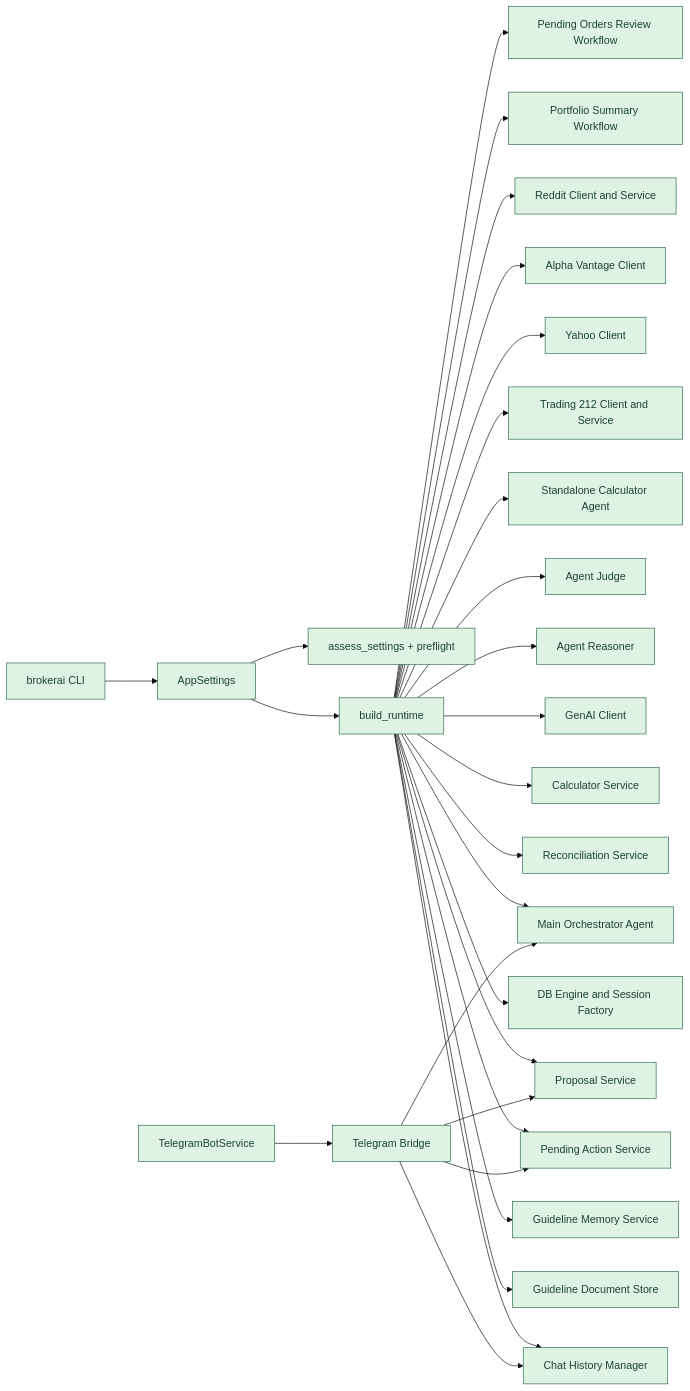
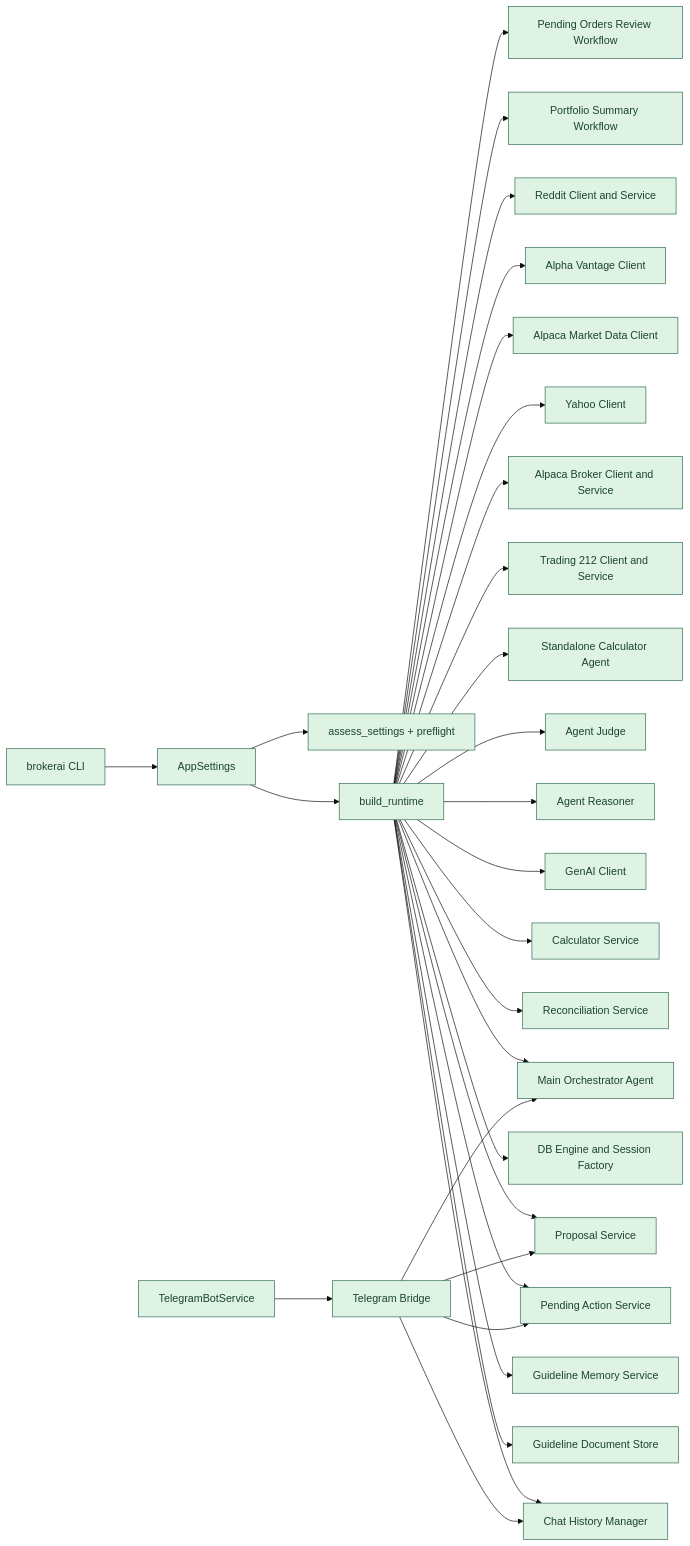
The second of 8 diagrams in docs/ARCHITECTURE_DIAGRAMS.md (applebar17/T212AI), drawn with Mermaid (base theme) before and after one commit. The commit also changed other lines of this file and 2 other files, not shown here.

````diff
--- a/docs/ARCHITECTURE_DIAGRAMS.md
+++ b/docs/ARCHITECTURE_DIAGRAMS.md
@@ -54,38 +55,40 @@
 ```mermaid
 flowchart LR
     CLI[brokerai CLI] --> SETTINGS[AppSettings]
     SETTINGS --> ASSESS[assess_settings + preflight]
     SETTINGS --> RT[build_runtime]
 
     RT --> GDOC[Guideline Document Store]
     RT --> GSVC[Guideline Memory Service]
     RT --> HIST[Chat History Manager]
     RT --> DB[DB Engine and Session Factory]
     RT --> PACT[Pending Action Service]
     RT --> PROP[Proposal Service]
     RT --> RECON[Reconciliation Service]
     RT --> CALCSVC[Calculator Service]
     RT --> GENAI[GenAI Client]
     RT --> REASON[Agent Reasoner]
     RT --> JUDGE[Agent Judge]
     RT --> ORCH[Main Orchestrator Agent]
     RT --> CALCAGENT[Standalone Calculator Agent]
 
     RT --> T212[Trading 212 Client and Service]
+    RT --> AB[Alpaca Broker Client and Service]
     RT --> Y[Yahoo Client]
+    RT --> AM[Alpaca Market Data Client]
     RT --> A[Alpha Vantage Client]
     RT --> RD[Reddit Client and Service]
     RT --> W1[Portfolio Summary Workflow]
     RT --> W2[Pending Orders Review Workflow]
 
     BOT[TelegramBotService] --> TG[Telegram Bridge]
     TG --> ORCH
     TG --> HIST
     TG --> PACT
     TG --> PROP
 
     classDef wired fill:#dff3e4,stroke:#2d6a4f,color:#1b4332;
     classDef partial fill:#fff3cd,stroke:#b08900,color:#5f3b00;
 
-    class CLI,SETTINGS,ASSESS,RT,GDOC,GSVC,HIST,DB,PACT,PROP,RECON,CALCSVC,GENAI,REASON,JUDGE,ORCH,CALCAGENT,T212,Y,A,RD,BOT,TG,W1,W2 wired;
+    class CLI,SETTINGS,ASSESS,RT,GDOC,GSVC,HIST,DB,PACT,PROP,RECON,CALCSVC,GENAI,REASON,JUDGE,ORCH,CALCAGENT,T212,AB,Y,AM,A,RD,BOT,TG,W1,W2 wired;
 ```
````
